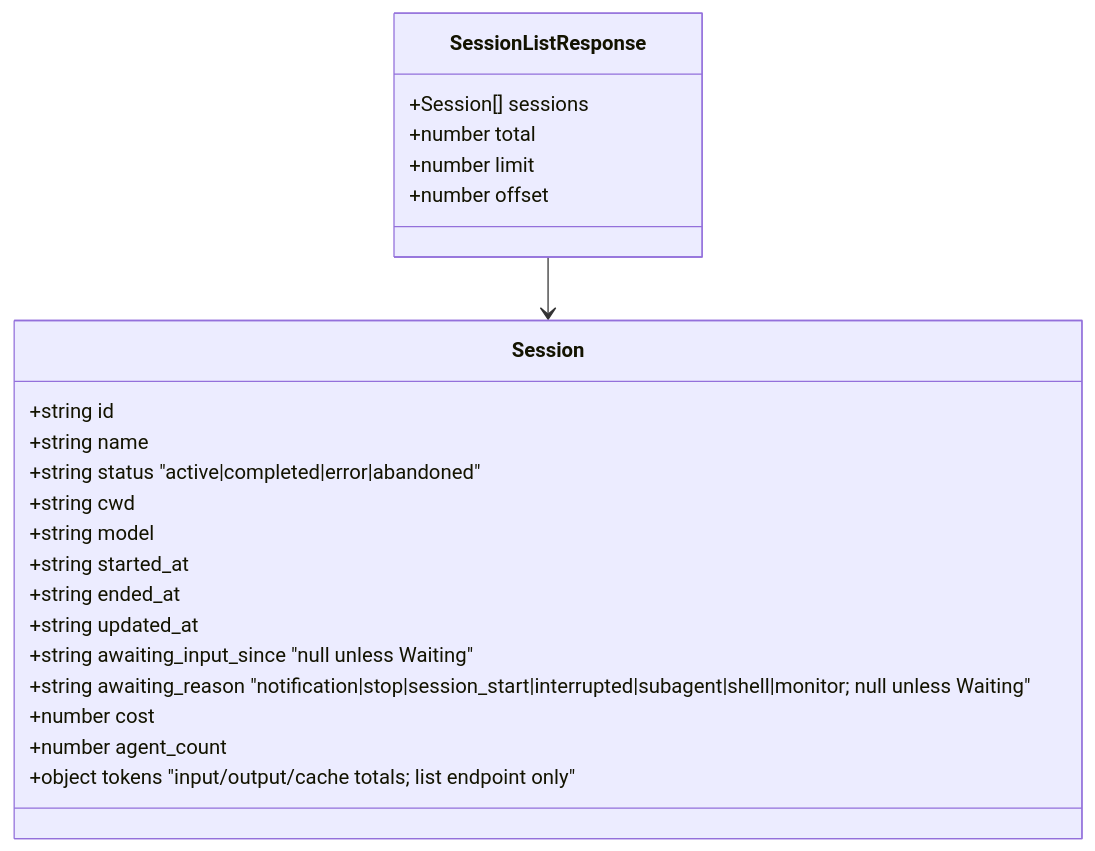
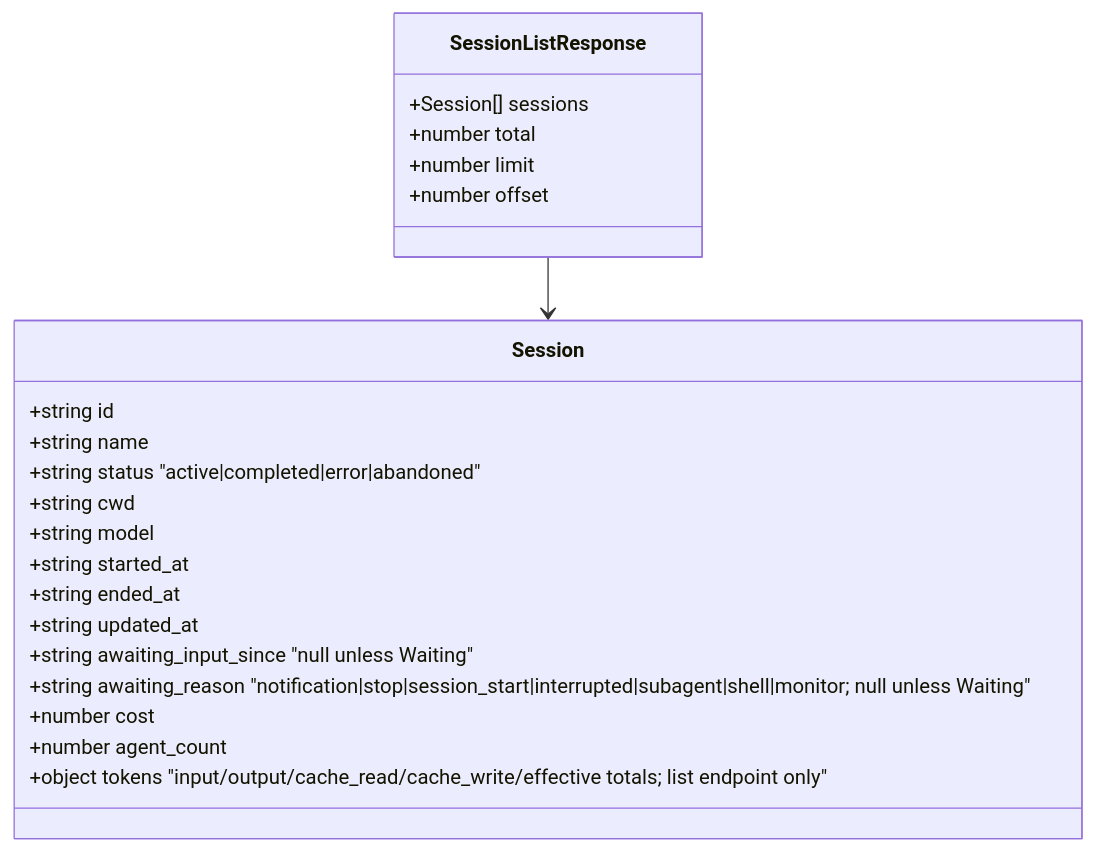
Before and after one commit to saralafleur/Claude-Code-Agent-Monitor: the third of 8 diagrams in docs/API.md, drawn with Mermaid. The commit also changed other lines of this file and 71 other files, not shown here.

First line of the commit message:
feat(kanban): split session-card cache tokens into read/write with cost-weighted Effective total

````diff
--- a/docs/API.md
+++ b/docs/API.md
@@ -156,27 +157,27 @@
 ```mermaid
 classDiagram
     class SessionListResponse {
         +Session[] sessions
         +number total
         +number limit
         +number offset
     }
     
     class Session {
         +string id
         +string name
         +string status "active|completed|error|abandoned"
         +string cwd
         +string model
         +string started_at
         +string ended_at
         +string updated_at
         +string awaiting_input_since "null unless Waiting"
         +string awaiting_reason "notification|stop|session_start|interrupted|subagent|shell|monitor; null unless Waiting"
         +number cost
         +number agent_count
-        +object tokens "input/output/cache totals; list endpoint only"
+        +object tokens "input/output/cache_read/cache_write/effective totals; list endpoint only"
     }
     
     SessionListResponse --> Session
 ```
````
